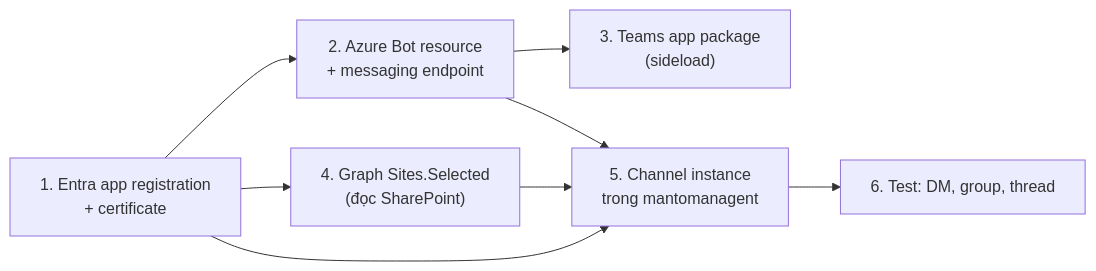
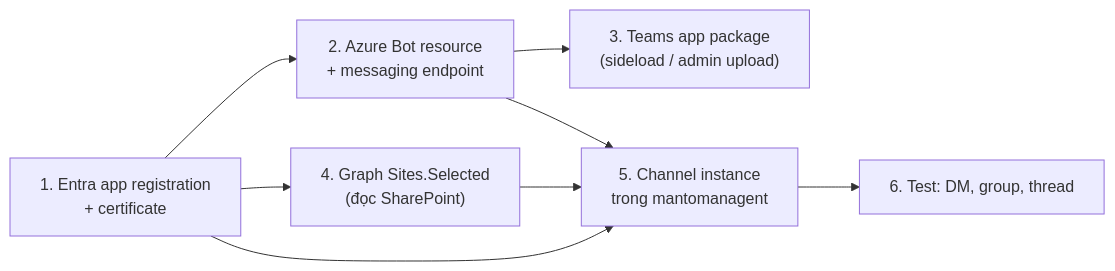
One commit to daoanhthanh/mantomanclaw changed the diagram in docs/msteams-setup-guide.md. Above: the diagram before and after it, drawn with Mermaid. The commit also changed other lines of this file and 5 other files, not shown here.

````diff
--- a/docs/msteams-setup-guide.md
+++ b/docs/msteams-setup-guide.md
@@ -5,10 +5,10 @@
 ```mermaid
 flowchart LR
     A["1. Entra app registration<br/>+ certificate"] --> B["2. Azure Bot resource<br/>+ messaging endpoint"]
-    B --> C["3. Teams app package<br/>(sideload)"]
+    B --> C["3. Teams app package<br/>(sideload / admin upload)"]
     A --> D["4. Graph Sites.Selected<br/>(đọc SharePoint)"]
     A --> E["5. Channel instance<br/>trong mantomanagent"]
     B --> E
     D --> E
     E --> F["6. Test: DM, group, thread"]
 ```
````
